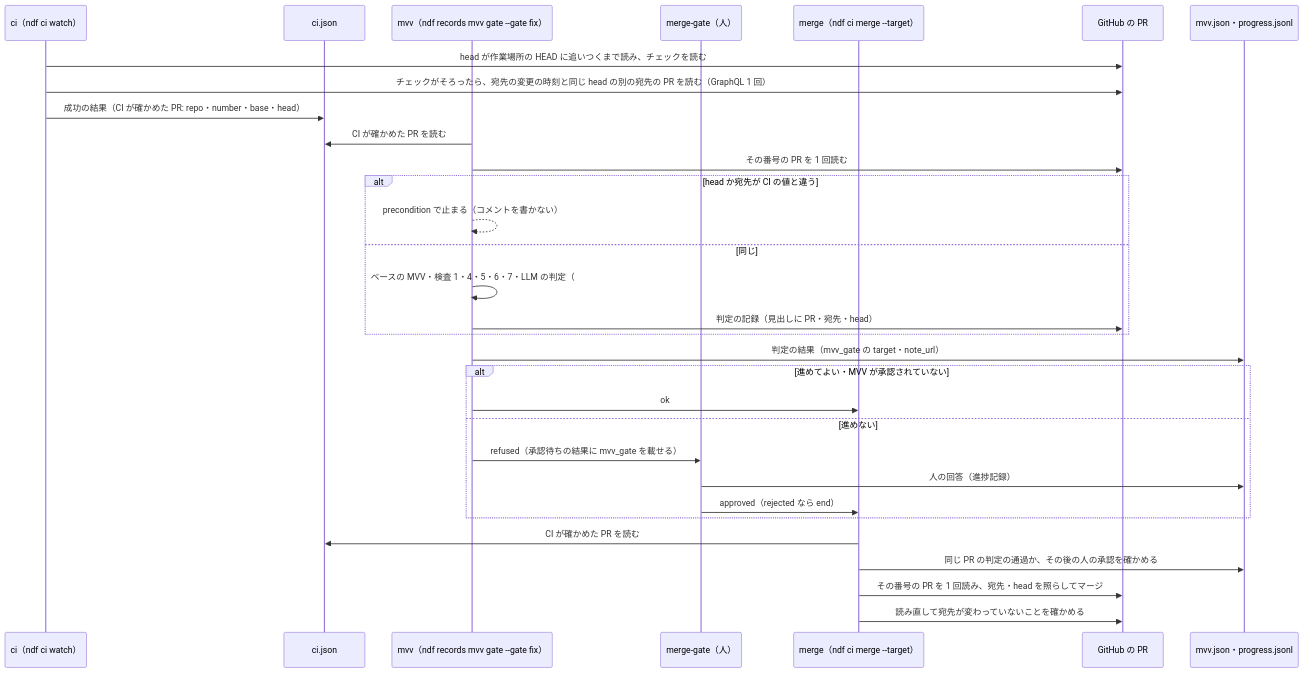
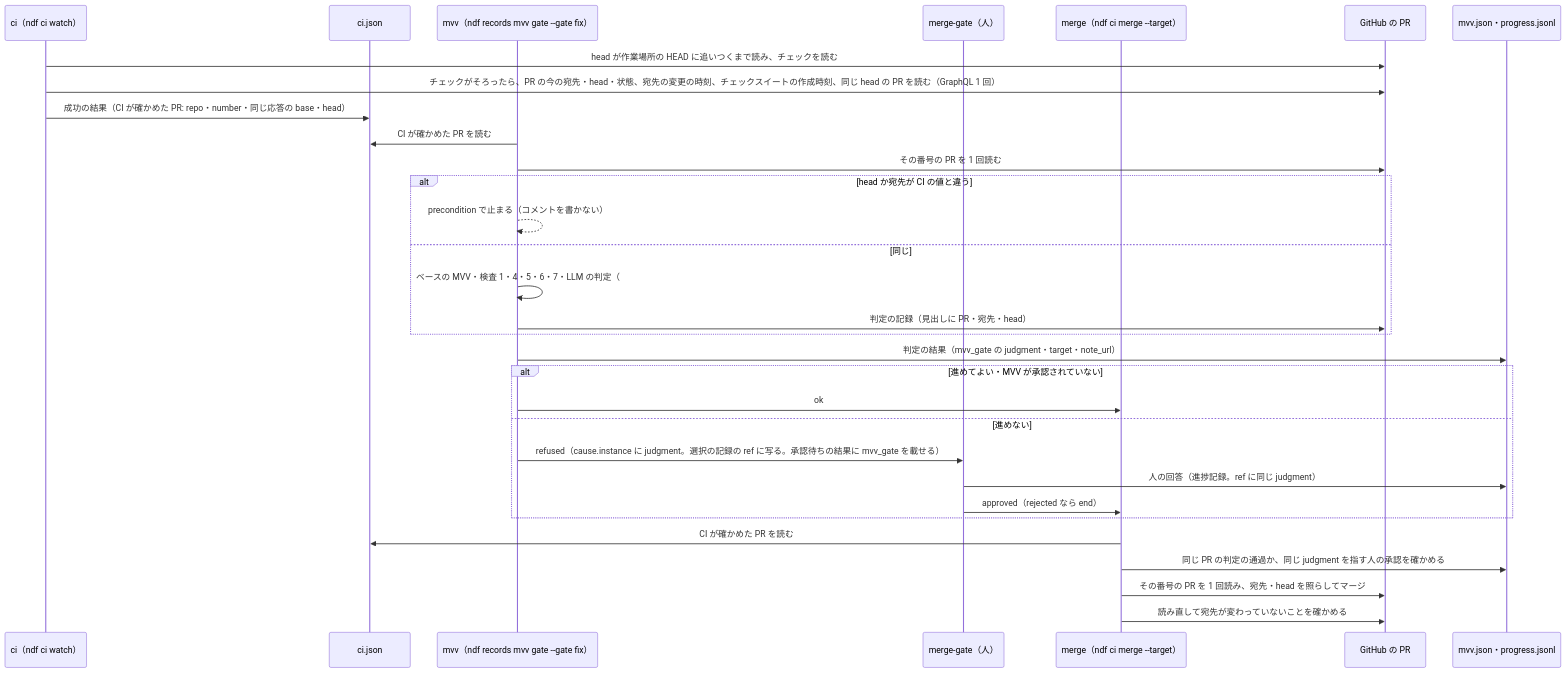
One commit to devbasex/ai-plugins changed the third of 3 diagrams in issues/issue-4104-design.md. Above: the diagram before and after it, drawn with Mermaid. The commit also changed other lines of this file and 1 other file, not shown here.

````diff
--- a/issues/issue-4104-design.md
+++ b/issues/issue-4104-design.md
@@ -132,33 +133,33 @@
 ```mermaid
 sequenceDiagram
   participant CI as ci（ndf ci watch）
   participant F as ci.json
   participant G as mvv（ndf records mvv gate --gate fix）
   participant H as merge-gate（人）
   participant M as merge（ndf ci merge --target）
   participant P as GitHub の PR
   participant J as mvv.json・progress.jsonl
   CI->>P: head が作業場所の HEAD に追いつくまで読み、チェックを読む
-  CI->>P: チェックがそろったら、宛先の変更の時刻と同じ head の別の宛先の PR を読む（GraphQL 1 回）
-  CI->>F: 成功の結果（CI が確かめた PR: repo・number・base・head）
+  CI->>P: チェックがそろったら、PR の今の宛先・head・状態、宛先の変更の時刻、チェックスイートの作成時刻、同じ head の PR を読む（GraphQL 1 回）
+  CI->>F: 成功の結果（CI が確かめた PR: repo・number・同じ応答の base・head）
   G->>F: CI が確かめた PR を読む
   G->>P: その番号の PR を 1 回読む
   alt head か宛先が CI の値と違う
     G-->>G: precondition で止まる（コメントを書かない）
   else 同じ
     G->>G: ベースの MVV・検査 1・4・5・6・7・LLM の判定（#3959 の手順）
     G->>P: 判定の記録（見出しに PR・宛先・head）
   end
-  G->>J: 判定の結果（mvv_gate の target・note_url）
+  G->>J: 判定の結果（mvv_gate の judgment・target・note_url）
   alt 進めてよい・MVV が承認されていない
     G->>M: ok
   else 進めない
-    G->>H: refused（承認待ちの結果に mvv_gate を載せる）
-    H->>J: 人の回答（進捗記録）
+    G->>H: refused（cause.instance に judgment。選択の記録の ref に写る。承認待ちの結果に mvv_gate を載せる）
+    H->>J: 人の回答（進捗記録。ref に同じ judgment）
     H->>M: approved（rejected なら end）
   end
   M->>F: CI が確かめた PR を読む
-  M->>J: 同じ PR の判定の通過か、その後の人の承認を確かめる
+  M->>J: 同じ PR の判定の通過か、同じ judgment を指す人の承認を確かめる
   M->>P: その番号の PR を 1 回読み、宛先・head を照らしてマージ
   M->>P: 読み直して宛先が変わっていないことを確かめる
 ```
````
